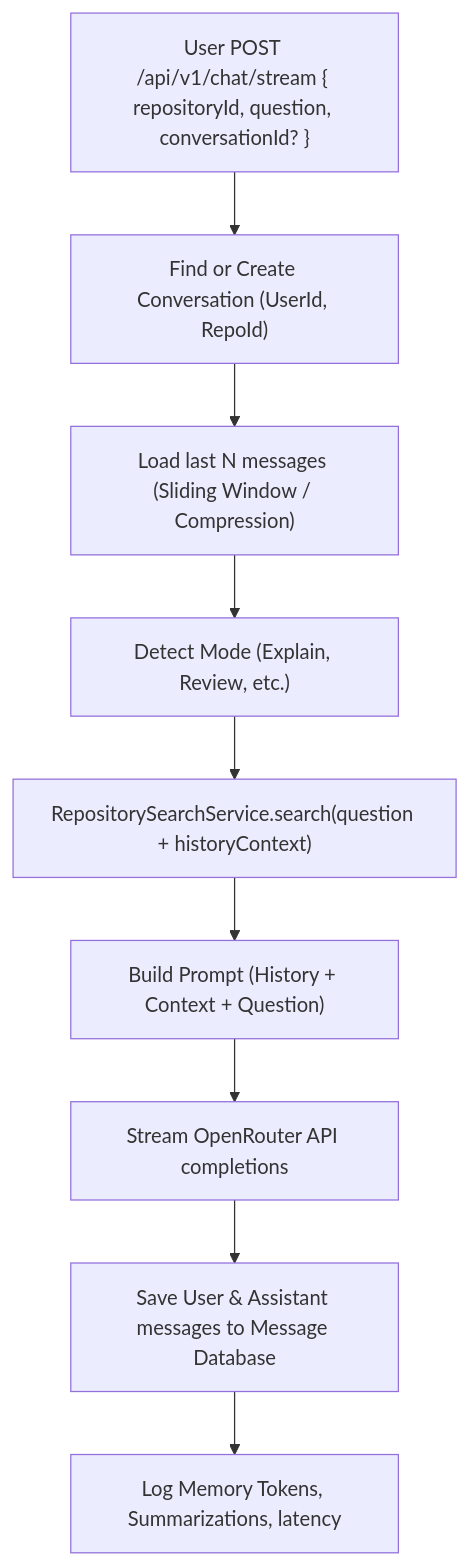
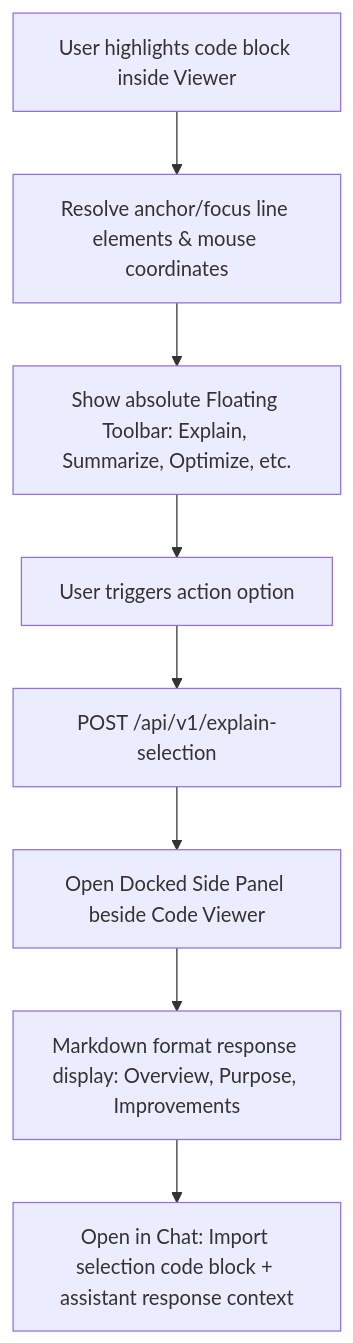
Before and after one commit to Gauravgits1308/CodeAtlas: the diagram in apps/web/walkthrough.md, drawn with Mermaid. The commit also changed other lines of this file and 4 other files, not shown here.

Commit message:
feat: implement selected code explainers and side panels

````diff
--- a/apps/web/walkthrough.md
+++ b/apps/web/walkthrough.md
@@ -31,21 +22,19 @@
 ```mermaid
 graph TD
-    UserQuery["User POST /api/v1/chat/stream { repositoryId, question, conversationId? }"]
-    FindOrCreate["Find or Create Conversation (UserId, RepoId)"]
-    MemoryLoad["Load last N messages (Sliding Window / Compression)"]
-    ModeDetect["Detect Mode (Explain, Review, etc.)"]
-    Search["RepositorySearchService.search(question + historyContext)"]
-    PromptBuild["Build Prompt (History + Context + Question)"]
-    LLM["Stream OpenRouter API completions"]
-    SaveMessage["Save User & Assistant messages to Message Database"]
-    Telemetry["Log Memory Tokens, Summarizations, latency"]
+    UserSelect["User highlights code block inside Viewer"]
+    MouseCoordinates["Resolve anchor/focus line elements & mouse coordinates"]
+    ShowToolbar["Show absolute Floating Toolbar: Explain, Summarize, Optimize, etc."]
+    ClickAction["User triggers action option"]
+    RequestBackend["POST /api/v1/explain-selection"]
+    OpenPanel["Open Docked Side Panel beside Code Viewer"]
+    StreamAnswer["Markdown format response display: Overview, Purpose, Improvements"]
+    OpenInChat["Open in Chat: Import selection code block + assistant response context"]
 
-    UserQuery --> FindOrCreate
-    FindOrCreate --> MemoryLoad
-    MemoryLoad --> ModeDetect
-    ModeDetect --> Search
-    Search --> PromptBuild
-    PromptBuild --> LLM
-    LLM --> SaveMessage
-    SaveMessage --> Telemetry
+    UserSelect --> MouseCoordinates
+    MouseCoordinates --> ShowToolbar
+    ShowToolbar --> ClickAction
+    ClickAction --> RequestBackend
+    RequestBackend --> OpenPanel
+    OpenPanel --> StreamAnswer
+    StreamAnswer --> OpenInChat
 ```
````
